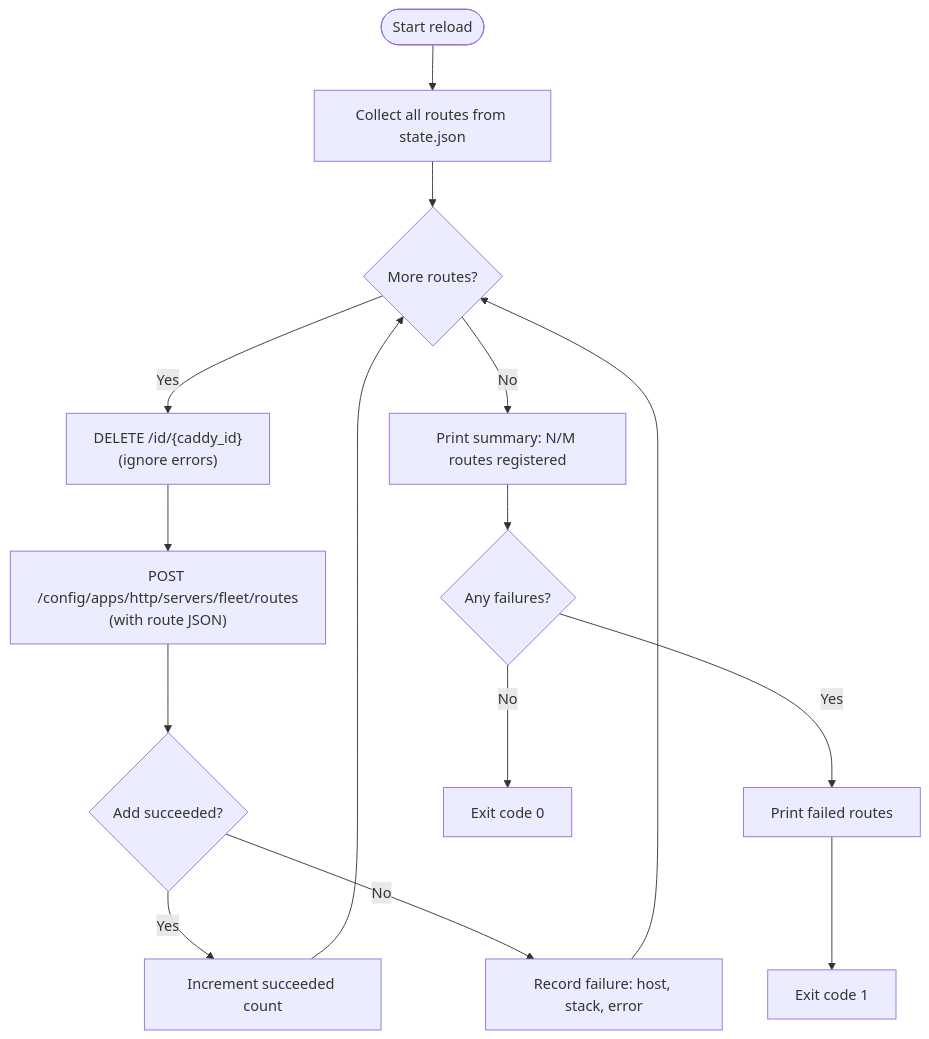
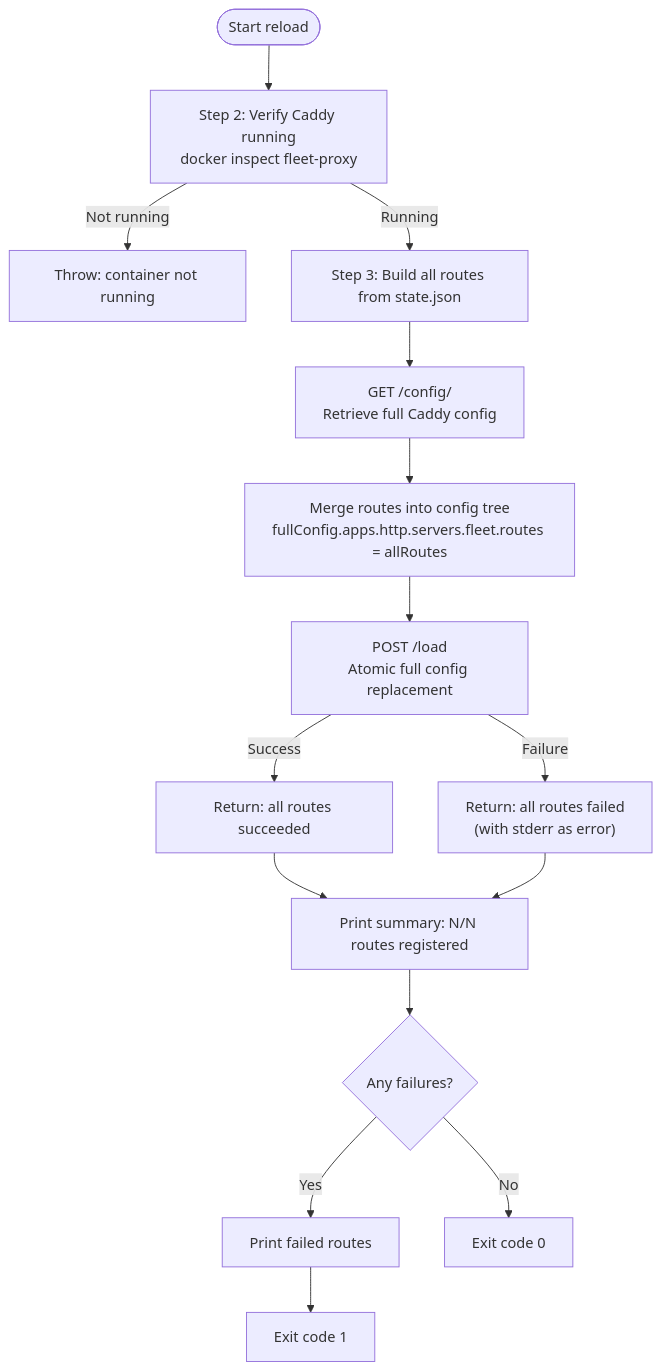
One commit to PatrickRuddiman/Fleet changed the first of 2 diagrams in docs/proxy-status-reload/route-reload.md. Above: the diagram before and after it, drawn with Mermaid. The commit also changed other lines of this file and 95 other files, not shown here.

````diff
--- a/docs/proxy-status-reload/route-reload.md
+++ b/docs/proxy-status-reload/route-reload.md
@@ -64,16 +87,16 @@
 ```mermaid
 flowchart TD
-    Start([Start reload]) --> Collect[Collect all routes from state.json]
-    Collect --> Loop{More routes?}
-    Loop -->|Yes| Delete["DELETE /id/{caddy_id}<br/>(ignore errors)"]
-    Delete --> Add["POST /config/apps/http/servers/fleet/routes<br/>(with route JSON)"]
-    Add --> Check{Add succeeded?}
-    Check -->|Yes| Inc[Increment succeeded count]
-    Check -->|No| Record[Record failure: host, stack, error]
-    Inc --> Loop
-    Record --> Loop
-    Loop -->|No| Summary[Print summary: N/M routes registered]
+    Start([Start reload]) --> Verify["Step 2: Verify Caddy running<br/>docker inspect fleet-proxy"]
+    Verify -->|Not running| Error["Throw: container not running"]
+    Verify -->|Running| Collect["Step 3: Build all routes from state.json"]
+    Collect --> GetConfig["GET /config/<br/>Retrieve full Caddy config"]
+    GetConfig --> Merge["Merge routes into config tree<br/>fullConfig.apps.http.servers.fleet.routes = allRoutes"]
+    Merge --> PostLoad["POST /load<br/>Atomic full config replacement"]
+    PostLoad -->|Success| Success["Return: all routes succeeded"]
+    PostLoad -->|Failure| Fail["Return: all routes failed<br/>(with stderr as error)"]
+    Success --> Summary["Print summary: N/N routes registered"]
+    Fail --> Summary
     Summary --> AnyFailed{Any failures?}
-    AnyFailed -->|Yes| PrintFailed[Print failed routes] --> Exit1[Exit code 1]
-    AnyFailed -->|No| Exit0[Exit code 0]
+    AnyFailed -->|Yes| PrintFailed["Print failed routes"] --> Exit1["Exit code 1"]
+    AnyFailed -->|No| Exit0["Exit code 0"]
 ```
````
